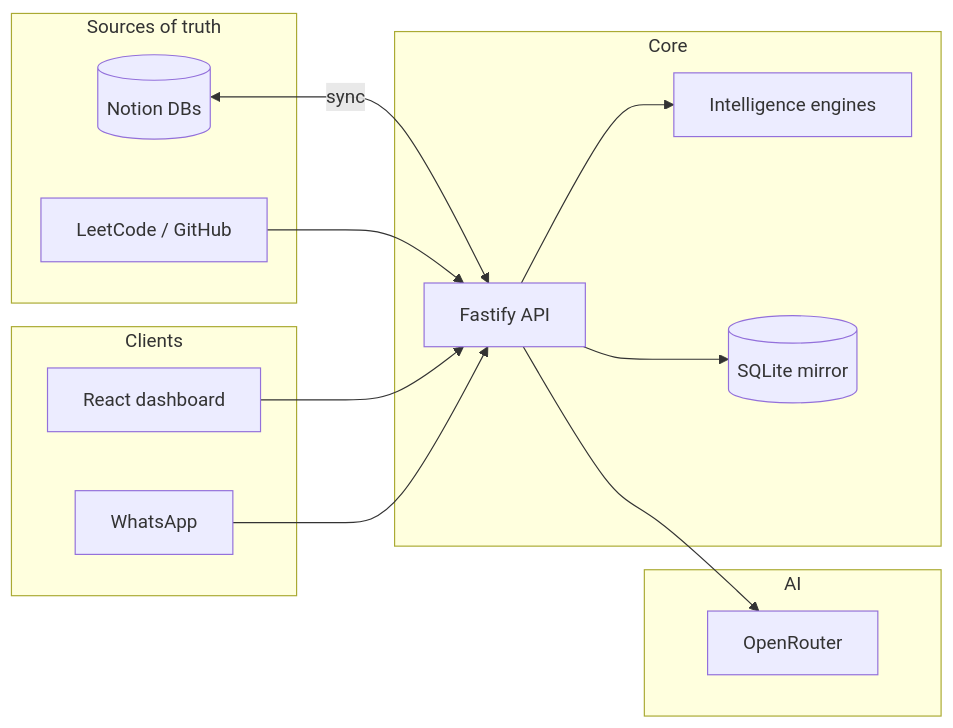
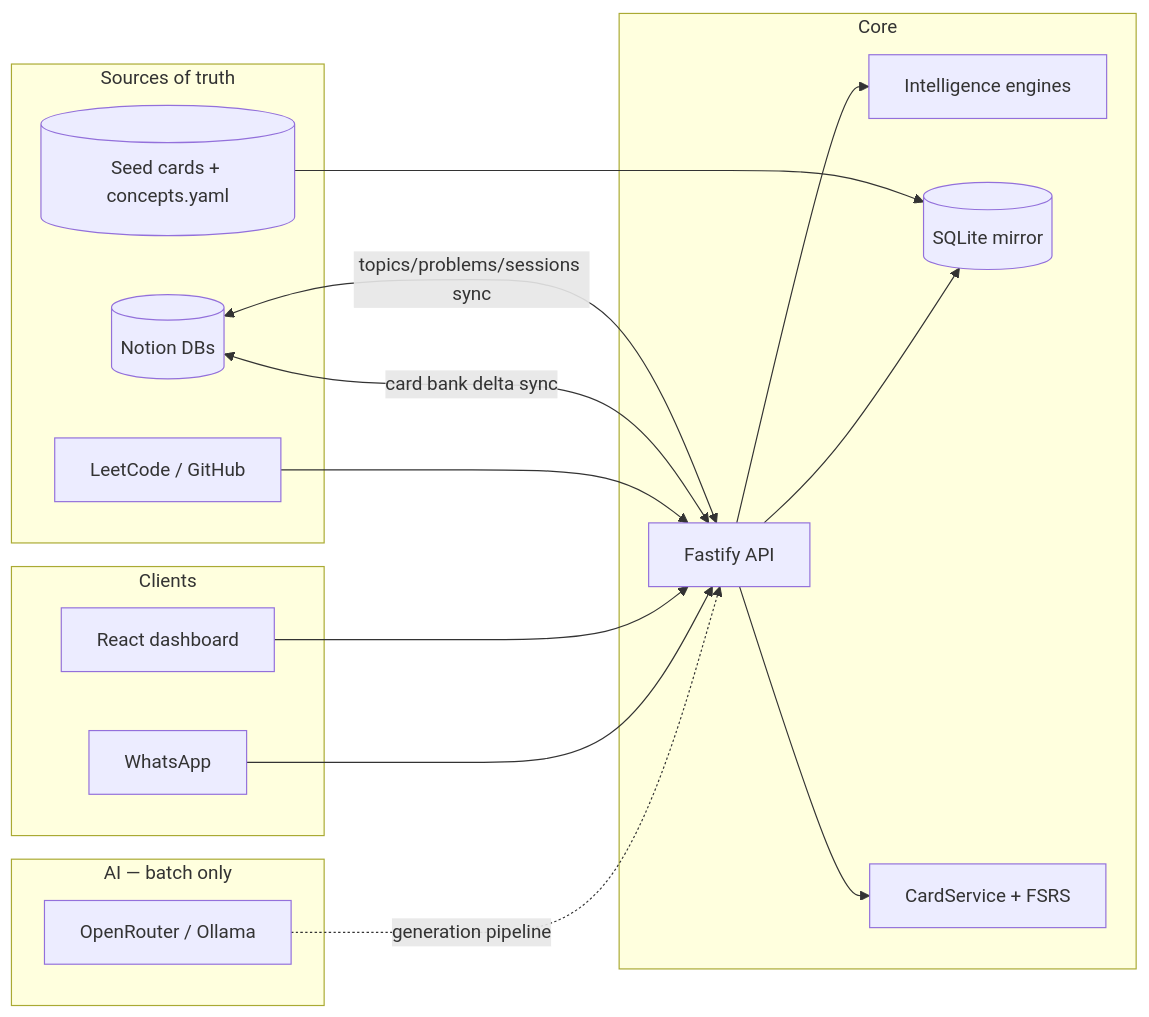
The diagram in README.md (Hasanth-kumar/AI-DSA-Tutor), drawn with Mermaid before and after one commit. The commit also changed other lines of this file and 43 other files, not shown here.

First line of the commit message:
flashcards: review surface, leech/mastery triggers, card sync wiring + docs (§7, §11, §15.7–§15.8)

````diff
--- a/README.md
+++ b/README.md
@@ -29,30 +32,35 @@
 ```mermaid
 flowchart LR
   subgraph sources [Sources of truth]
     Notion[(Notion DBs)]
+    Seeds[(Seed cards + concepts.yaml)]
     LC[LeetCode / GitHub]
   end
 
   subgraph core [Core]
     API[Fastify API]
     Intel[Intelligence engines]
     Mirror[(SQLite mirror)]
+    Cards[CardService + FSRS]
   end
 
   subgraph clients [Clients]
     Web[React dashboard]
     WA[WhatsApp]
   end
 
-  subgraph ai [AI]
-    OR[OpenRouter]
+  subgraph ai [AI — batch only]
+    OR[OpenRouter / Ollama]
   end
 
-  Notion <-->|sync| API
+  Notion <-->|topics/problems/sessions sync| API
+  Notion <-->|card bank delta sync| API
+  Seeds --> Mirror
   API --> Intel
   API --> Mirror
+  API --> Cards
   LC --> API
   Web --> API
   WA --> API
-  API --> OR
+  OR -.->|generation pipeline| API
 ```
````
